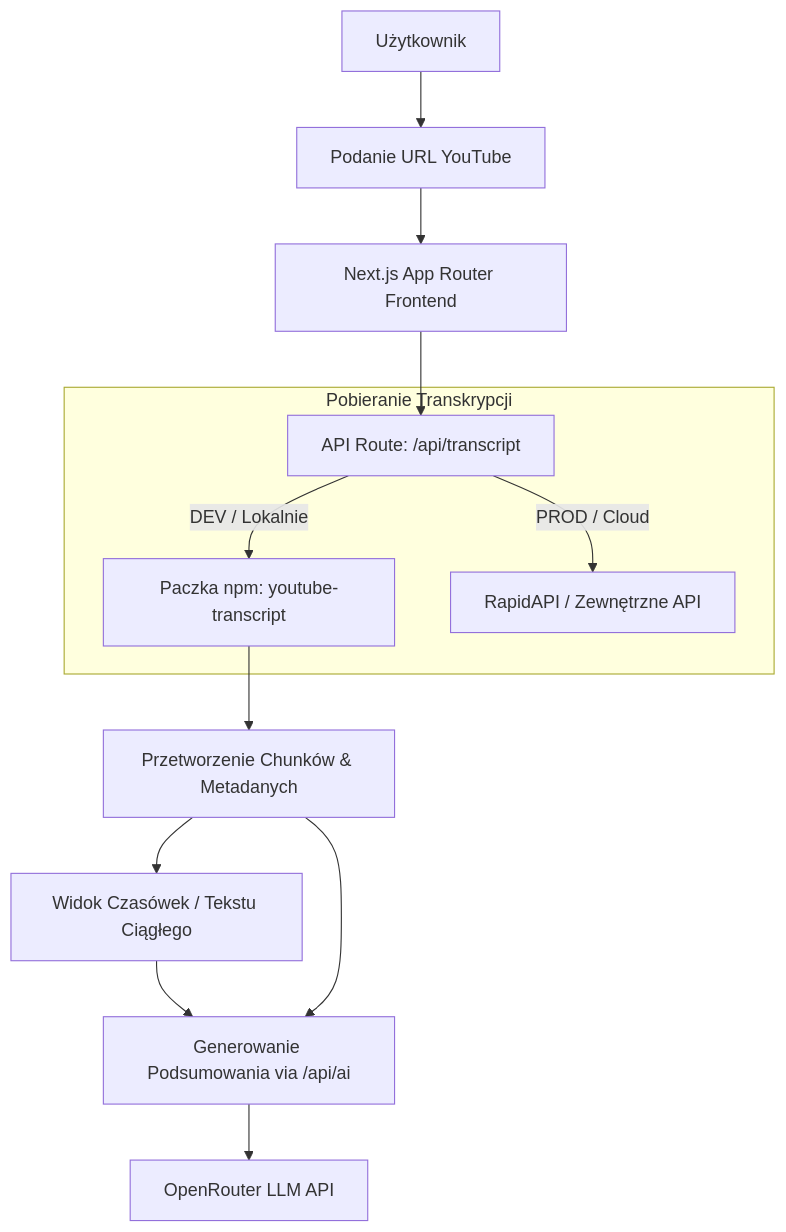
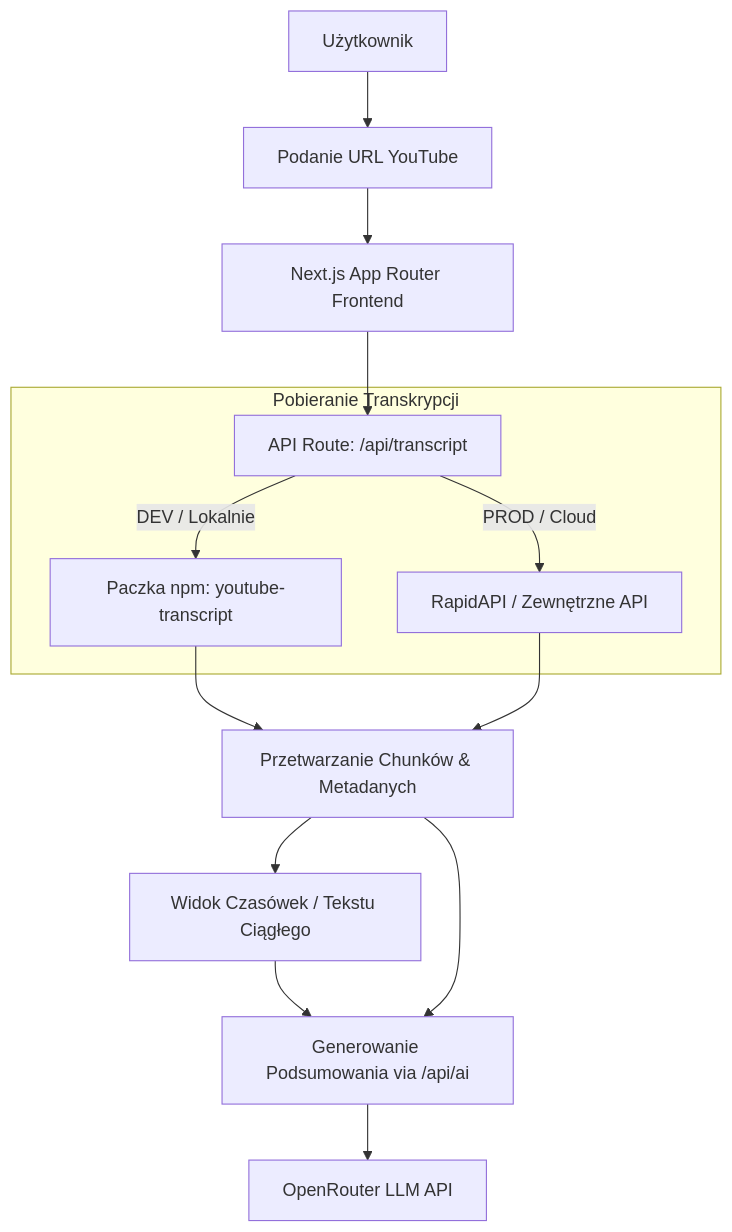
One commit to AlenJakob/yt-transcript-analyzer changed the diagram in README.md. Above: the diagram before and after it, drawn with Mermaid.

Commit message:
feat: readme update

````diff
--- a/README.md
+++ b/README.md
@@ -54,17 +54,18 @@
 ```mermaid
 graph TD
     A[Użytkownik] --> B[Podanie URL YouTube]
     B --> C[Next.js App Router Frontend]
     C --> D[API Route: /api/transcript]
 
     subgraph Pobieranie Transkrypcji
         D -->|DEV / Lokalnie| E1[Paczka npm: youtube-transcript]
         D -->|PROD / Cloud| E2[RapidAPI / Zewnętrzne API]
     end
 
-    E1 --> F[Przetworzenie Chunków & Metadanych]
+    E1 --> F[Przetwarzanie Chunków & Metadanych]
+    E2 --> F
     F --> G[Widok Czasówek / Tekstu Ciągłego]
     G --> H[Szablony Promptów AI & Kopiowanie]
     F --> H[Generowanie Podsumowania via /api/ai]
     H --> I[OpenRouter LLM API]
 ```
````
